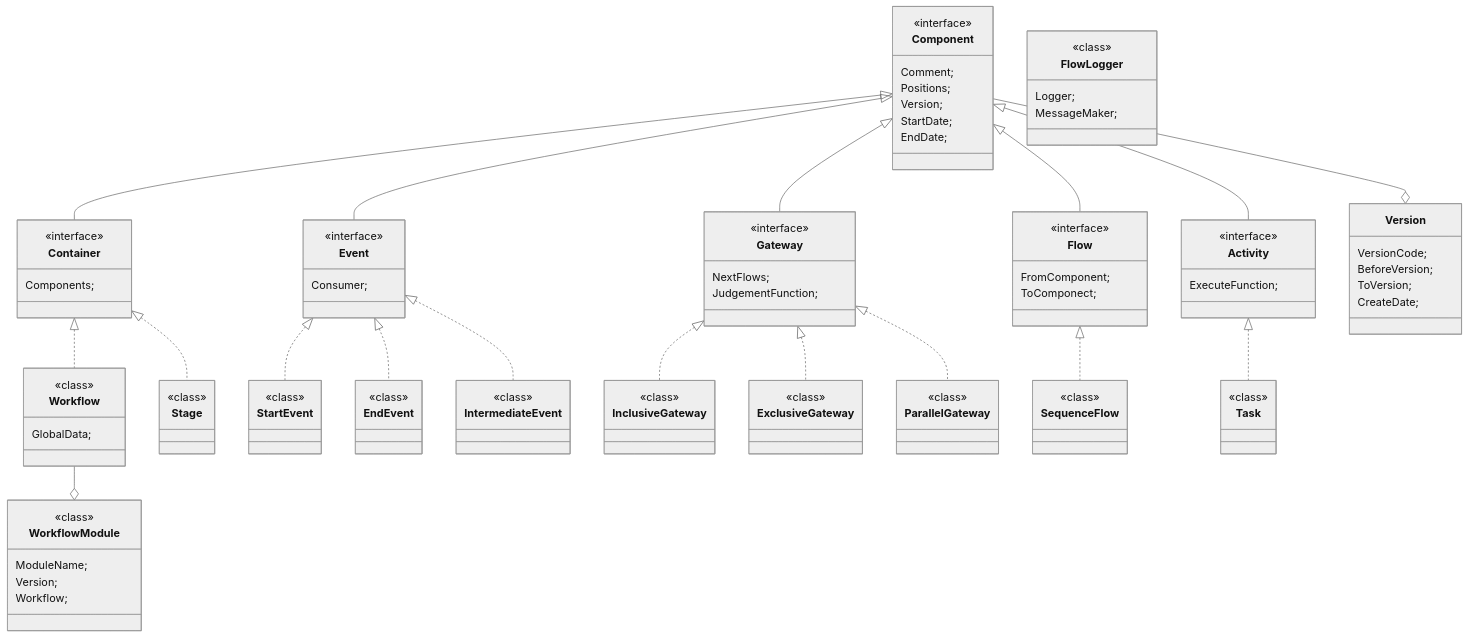
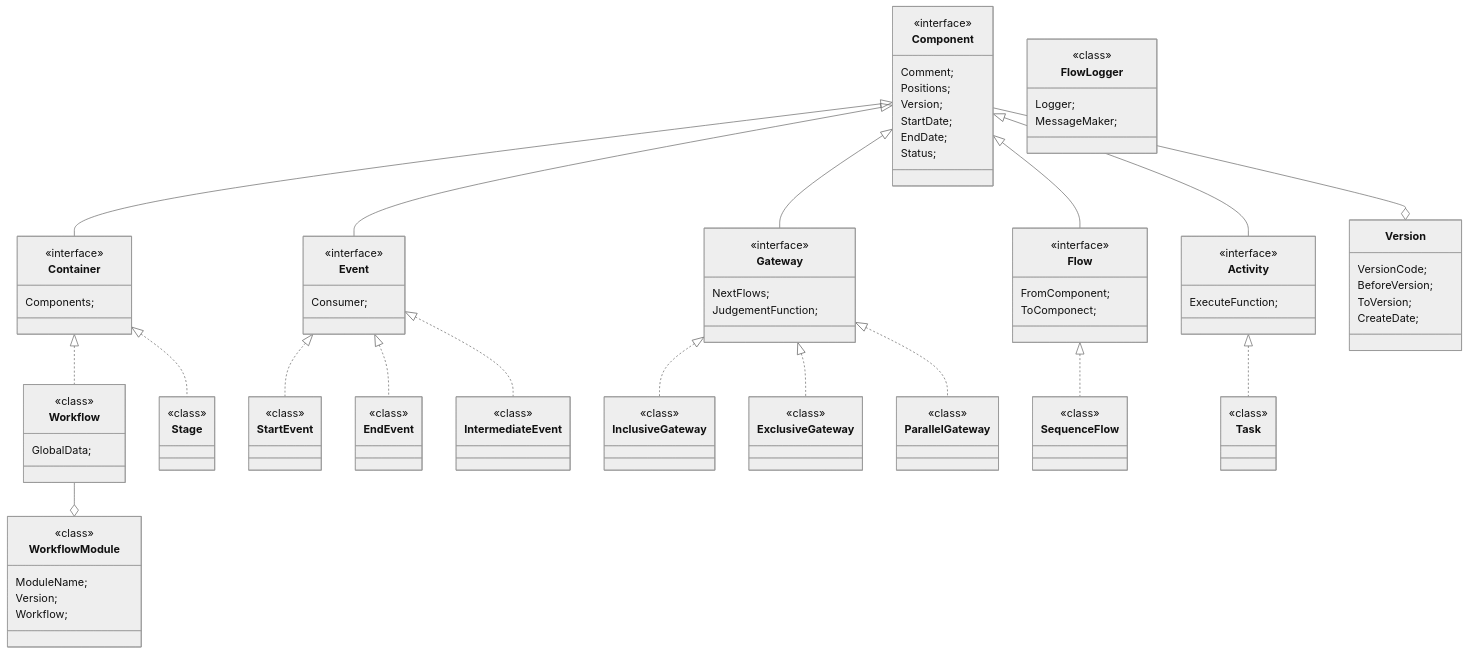
The diagram in doc/LeanEngineWorkflowProtocolV0_2.md (OneTeam-Lean/LeanEngine), drawn with Mermaid (neutral theme) before and after one commit. The commit also changed other lines of this file and 2 other files, not shown here.

```diff
--- a/doc/LeanEngineWorkflowProtocolV0_2.md
+++ b/doc/LeanEngineWorkflowProtocolV0_2.md
@@ -124,6 +282,7 @@
         Version;
         StartDate;
         EndDate;
+        Status;
     }
 
     class Version{
```
